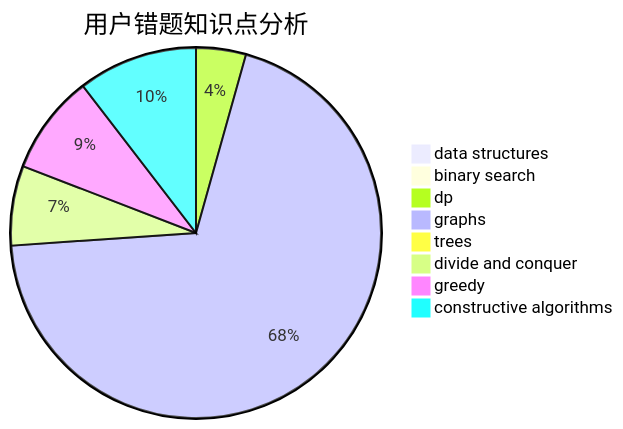
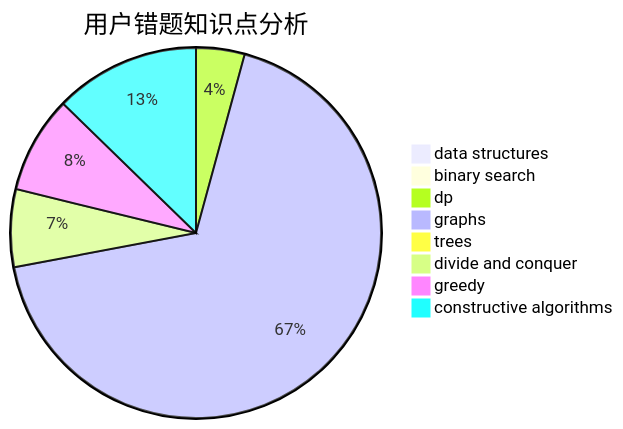
One commit to sherpahu/cfrs.github.io changed the third of 3 diagrams in docs/user/u456.md. Above: the diagram before and after it, drawn with Mermaid. The commit also changed other lines of this file and 2770 other files, not shown here.

````diff
--- a/docs/user/u456.md
+++ b/docs/user/u456.md
@@ -36,11 +36,11 @@
 ```mermaid
 pie title 用户错题知识点分析
     "data structures" :  1
     "binary search" :  0
     "dp" :  5
     "graphs" :  80
     "trees" :  1
     "divide and conquer" :  8
     "greedy" :  10
-    "constructive algorithms" :  12
+    "constructive algorithms" :  15
 ```
````
